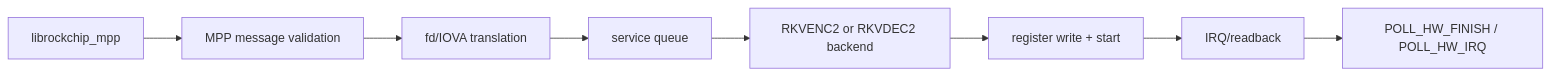
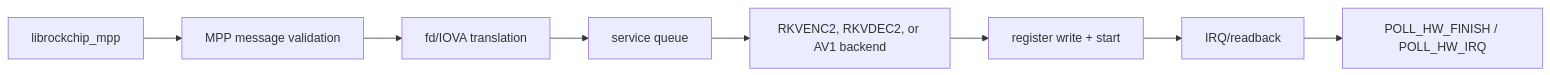
One commit to yisding/rock-5b-ysp changed the diagram in kernel-drivers/docs/rewrite-driver-architecture/02-mpp-driver.md. Above: the diagram before and after it, drawn with Mermaid. The commit also changed other lines of this file and 62 other files, not shown here.

Commit message:
media: refresh rewrite architecture and recovery evidence

````diff
--- a/kernel-drivers/docs/rewrite-driver-architecture/02-mpp-driver.md
+++ b/kernel-drivers/docs/rewrite-driver-architecture/02-mpp-driver.md
@@ -11,10 +11,10 @@
 ```mermaid
 flowchart LR
     L["librockchip_mpp"] --> V["MPP message validation"]
     V --> T["fd/IOVA translation"]
     T --> Q["service queue"]
-    Q --> B["RKVENC2 or RKVDEC2 backend"]
+    Q --> B["RKVENC2, RKVDEC2, or AV1 backend"]
     B --> MMIO["register write + start"]
     MMIO --> IRQ["IRQ/readback"]
     IRQ --> POLL["POLL_HW_FINISH / POLL_HW_IRQ"]
 ```
````
